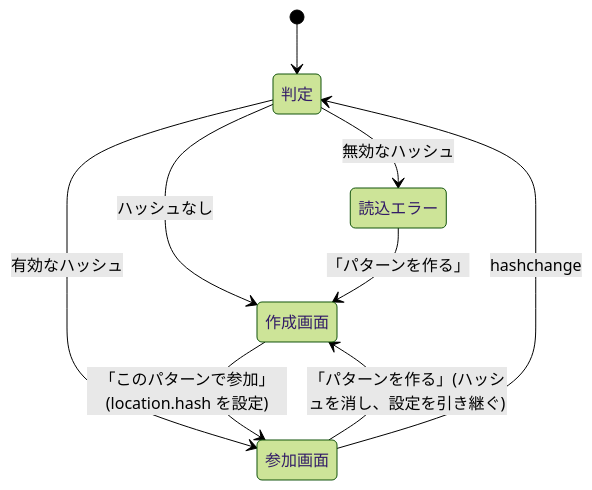
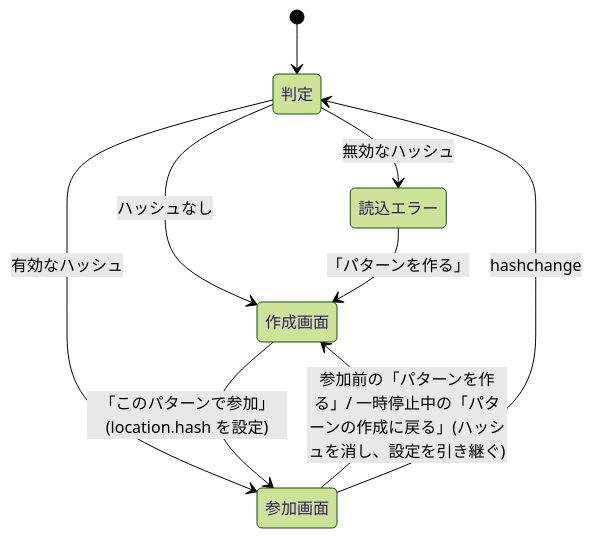
The sixth of 7 diagrams in docs/functional-design.md (nogawa-asase/morse-sync), drawn with Mermaid (forest theme) before and after one commit. The commit also changed other lines of this file and 13 other files, not shown here.

````diff
--- a/docs/functional-design.md
+++ b/docs/functional-design.md
@@ -527,11 +527,11 @@
 ```mermaid
 stateDiagram-v2
     [*] --> 判定
     判定 --> 作成画面: ハッシュなし
     判定 --> 参加画面: 有効なハッシュ
     判定 --> 読込エラー: 無効なハッシュ
     作成画面 --> 参加画面: 「このパターンで参加」(location.hash を設定)
-    参加画面 --> 作成画面: 「パターンを作る」(ハッシュを消し、設定を引き継ぐ)
+    参加画面 --> 作成画面: 参加前の「パターンを作る」/ 一時停止中の「パターンの作成に戻る」(ハッシュを消し、設定を引き継ぐ)
     読込エラー --> 作成画面: 「パターンを作る」
     参加画面 --> 判定: hashchange
 ```
````
